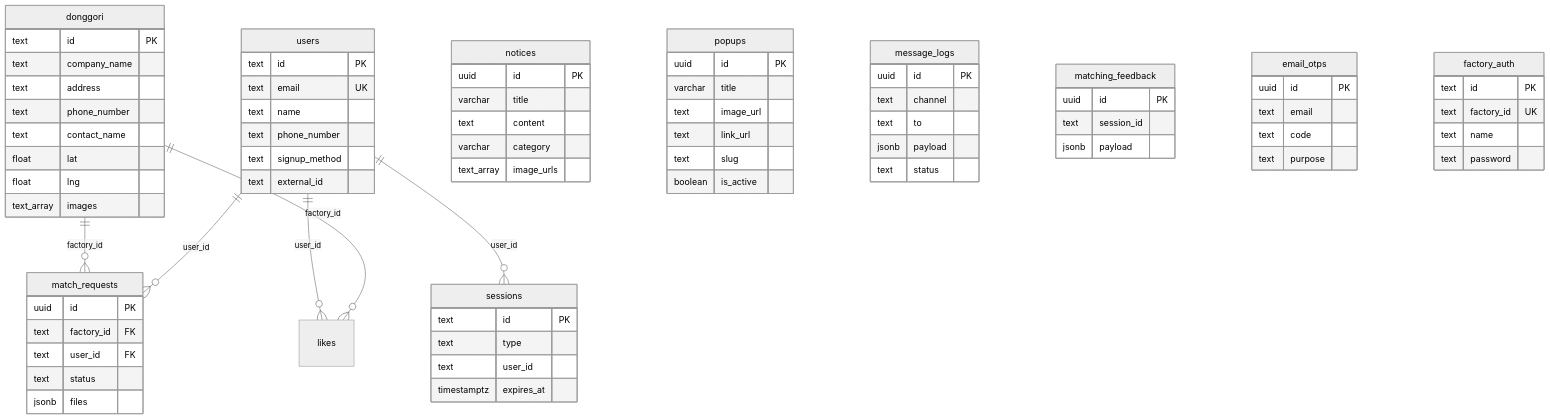
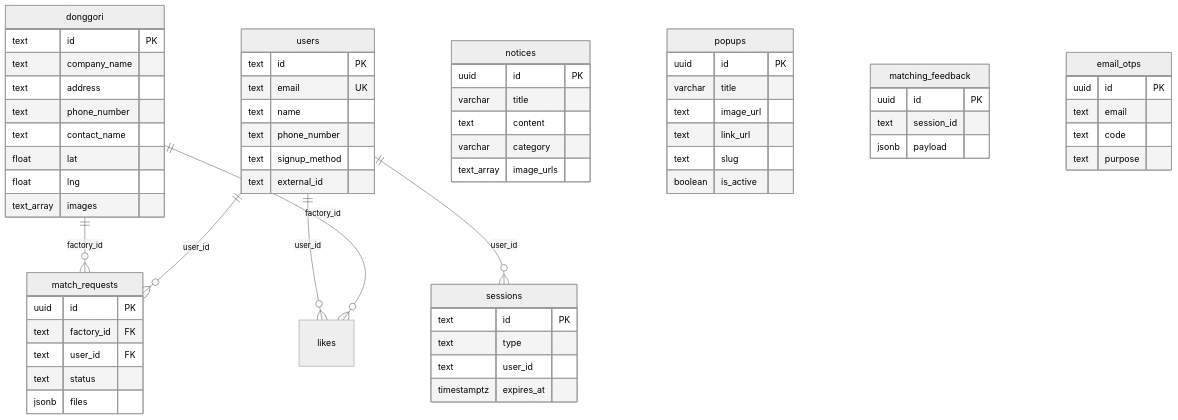
One commit to donggori2025/donggori changed the diagram in docs/handover/02-DB-스키마.md. Above: the diagram before and after it, drawn with Mermaid (neutral theme). The commit also changed other lines of this file and 148 other files, not shown here.

Commit message:
fix: harden auth and simplify factory flows

````diff
--- a/docs/handover/02-DB-스키마.md
+++ b/docs/handover/02-DB-스키마.md
@@ -70,14 +70,6 @@
         boolean is_active
     }
 
-    message_logs {
-        uuid id PK
-        text channel
-        text to
-        jsonb payload
-        text status
-    }
-
     matching_feedback {
         uuid id PK
         text session_id
@@ -91,10 +83,4 @@
         text purpose
     }
 
-    factory_auth {
-        text id PK
-        text factory_id UK
-        text name
-        text password
-    }
 ```
````
